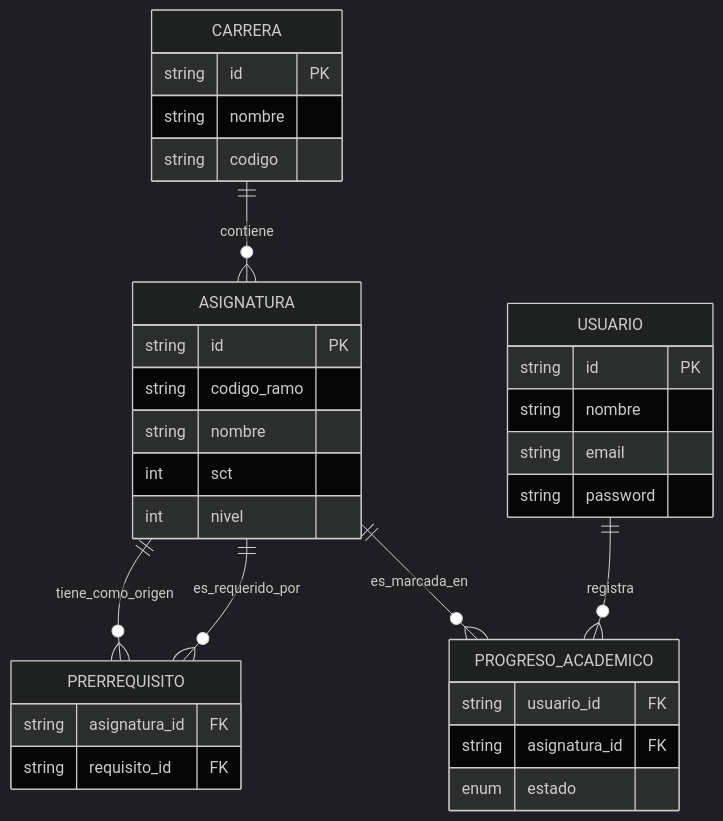
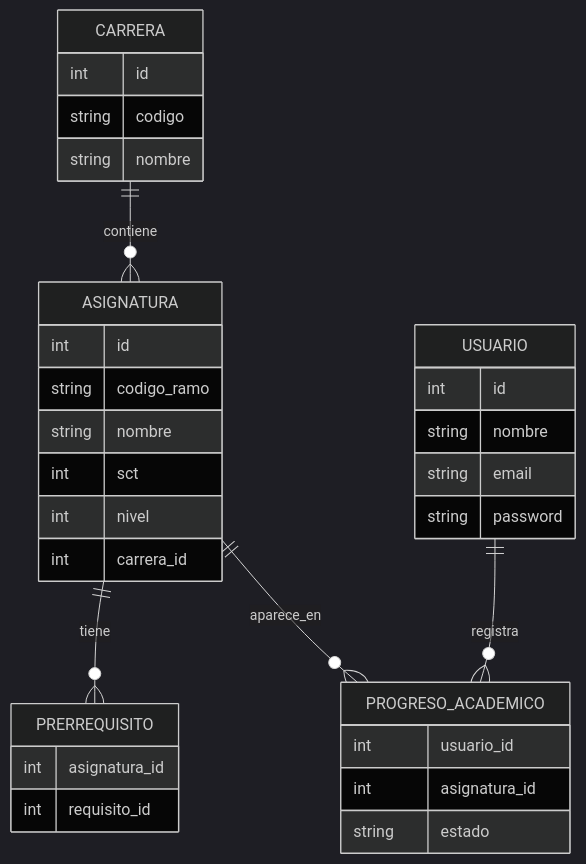
Before and after one commit to jcidvidal/FRO-Path: the diagram in README.md, drawn with Mermaid (dark theme). The commit also changed other lines of this file and 206 other files, not shown here.

````diff
--- a/README.md
+++ b/README.md
@@ -13,40 +42,40 @@
 ```mermaid
 erDiagram
-    CARRERA ||--o{ ASIGNATURA : "contiene"
-    ASIGNATURA ||--o{ PRERREQUISITO : "tiene_como_origen"
-    ASIGNATURA ||--o{ PRERREQUISITO : "es_requerido_por"
-    USUARIO ||--o{ PROGRESO_ACADEMICO : "registra"
-    ASIGNATURA ||--o{ PROGRESO_ACADEMICO : "es_marcada_en"
+    CARRERA ||--o{ ASIGNATURA : contiene
+    ASIGNATURA ||--o{ PRERREQUISITO : tiene
+    USUARIO ||--o{ PROGRESO_ACADEMICO : registra
+    ASIGNATURA ||--o{ PROGRESO_ACADEMICO : aparece_en
 
     CARRERA {
-        string id PK
+        int id
+        string codigo
         string nombre
-        string codigo
     }
 
     ASIGNATURA {
-        string id PK
+        int id
         string codigo_ramo
         string nombre
         int sct
         int nivel
+        int carrera_id
     }
 
     PRERREQUISITO {
-        string asignatura_id FK
-        string requisito_id FK
+        int asignatura_id
+        int requisito_id
     }
 
     USUARIO {
-        string id PK
+        int id
         string nombre
         string email
         string password
     }
 
     PROGRESO_ACADEMICO {
-        string usuario_id FK
-        string asignatura_id FK
-        enum estado
+        int usuario_id
+        int asignatura_id
+        string estado
     }
 ```
````
